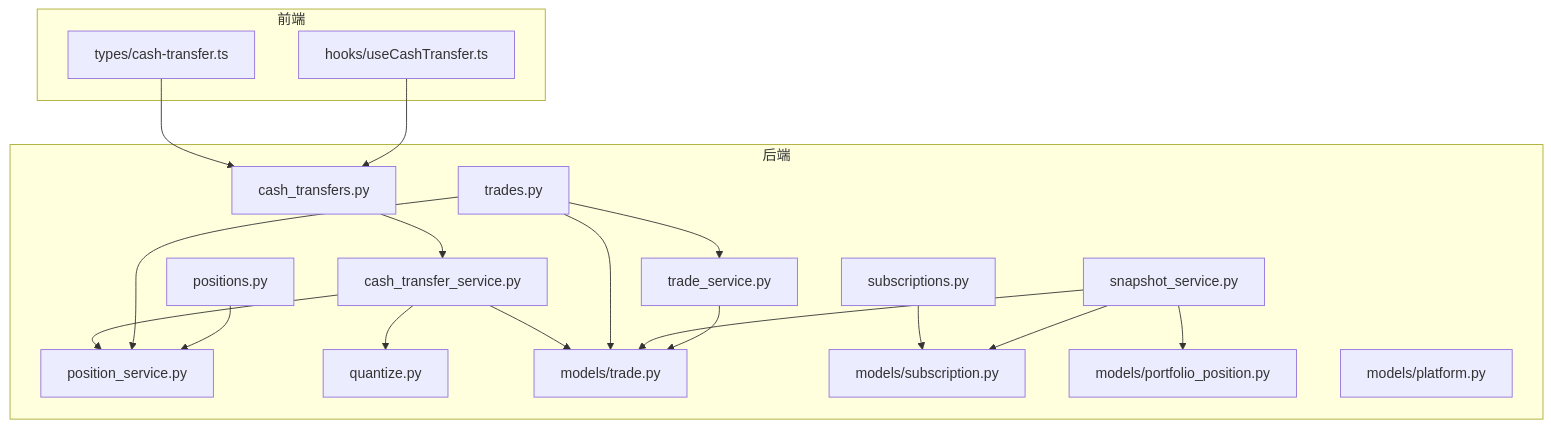
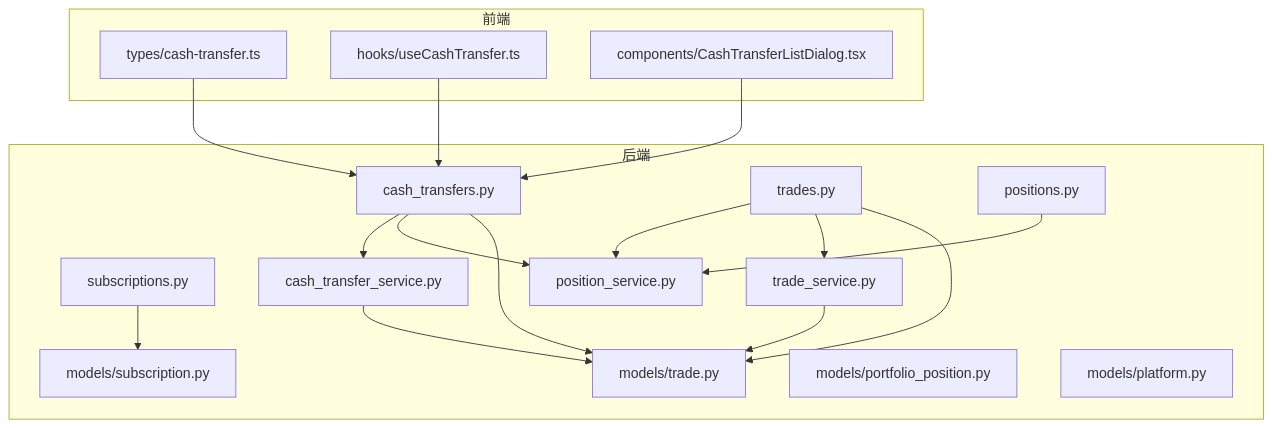
Before and after one commit to gujialind/InvestRing: the first of 7 diagrams in .qoder/repowiki/zh/content/核心业务功能/平台间现金转移系统.md, drawn with Mermaid. The commit also changed other lines of this file and 62 other files, not shown here.

````diff
--- a/.qoder/repowiki/zh/content/核心业务功能/平台间现金转移系统.md
+++ b/.qoder/repowiki/zh/content/核心业务功能/平台间现金转移系统.md
@@ -63,37 +55,34 @@
 ```mermaid
 graph TB
 subgraph "后端"
 R1["cash_transfers.py"]
 R2["trades.py"]
 R3["subscriptions.py"]
 R4["positions.py"]
-S1["snapshot_service.py"]
+S1["cash_transfer_service.py"]
 S2["position_service.py"]
 S3["trade_service.py"]
-S4["cash_transfer_service.py"]
-U1["quantize.py"]
 M1["models/trade.py"]
 M2["models/subscription.py"]
 M3["models/portfolio_position.py"]
 M4["models/platform.py"]
 end
 subgraph "前端"
 F1["types/cash-transfer.ts"]
 F2["hooks/useCashTransfer.ts"]
+F3["components/CashTransferListDialog.tsx"]
 end
 F1 --> R1
 F2 --> R1
-R1 --> S4
-S4 --> U1
-S4 --> S2
-S4 --> M1
+F3 --> R1
+R1 --> S1
+R1 --> S2
+R1 --> M1
 R2 --> S2
 R2 --> S3
 R2 --> M1
 R3 --> M2
 R4 --> S2
-S1 --> M3
 S1 --> M1
-S1 --> M2
 S3 --> M1
 ```
````
